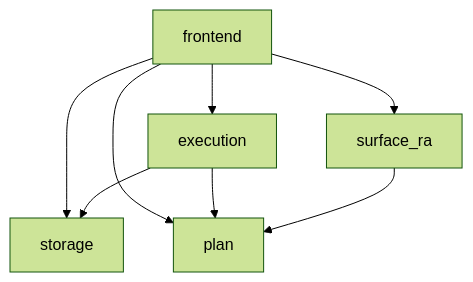
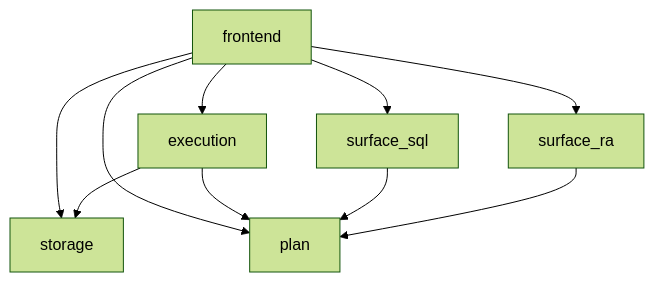
Before and after one commit to notahat/dovetail: the diagram in docs/internals/architecture.md, drawn with Mermaid (forest theme). The commit also changed other lines of this file and 4 other files, not shown here.

First line of the commit message:
Document the SQL surface; drop stale ddl references

````diff
--- a/docs/internals/architecture.md
+++ b/docs/internals/architecture.md
@@ -81,12 +87,14 @@
 ```mermaid
 graph TD
   surface_ra --> plan
+  surface_sql --> plan
 
   execution --> storage
   execution --> plan
 
   frontend --> storage
   frontend --> plan
   frontend --> surface_ra
+  frontend --> surface_sql
   frontend --> execution
 ```
````
